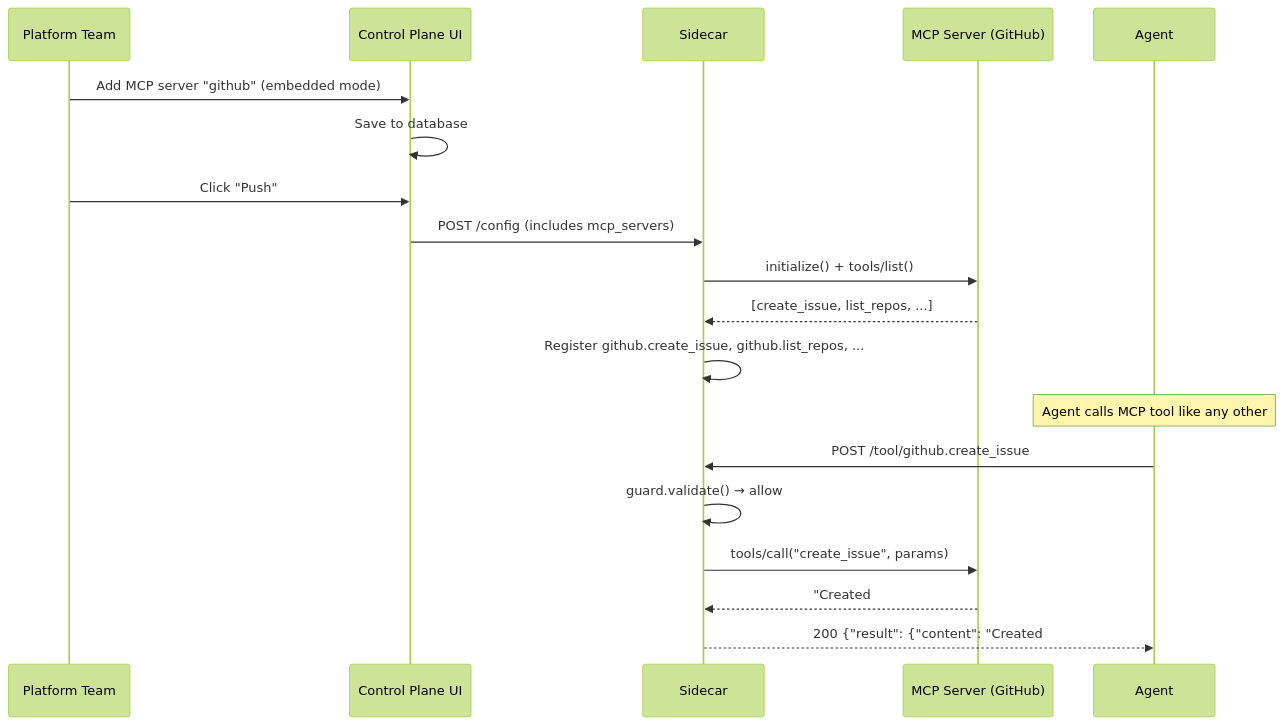
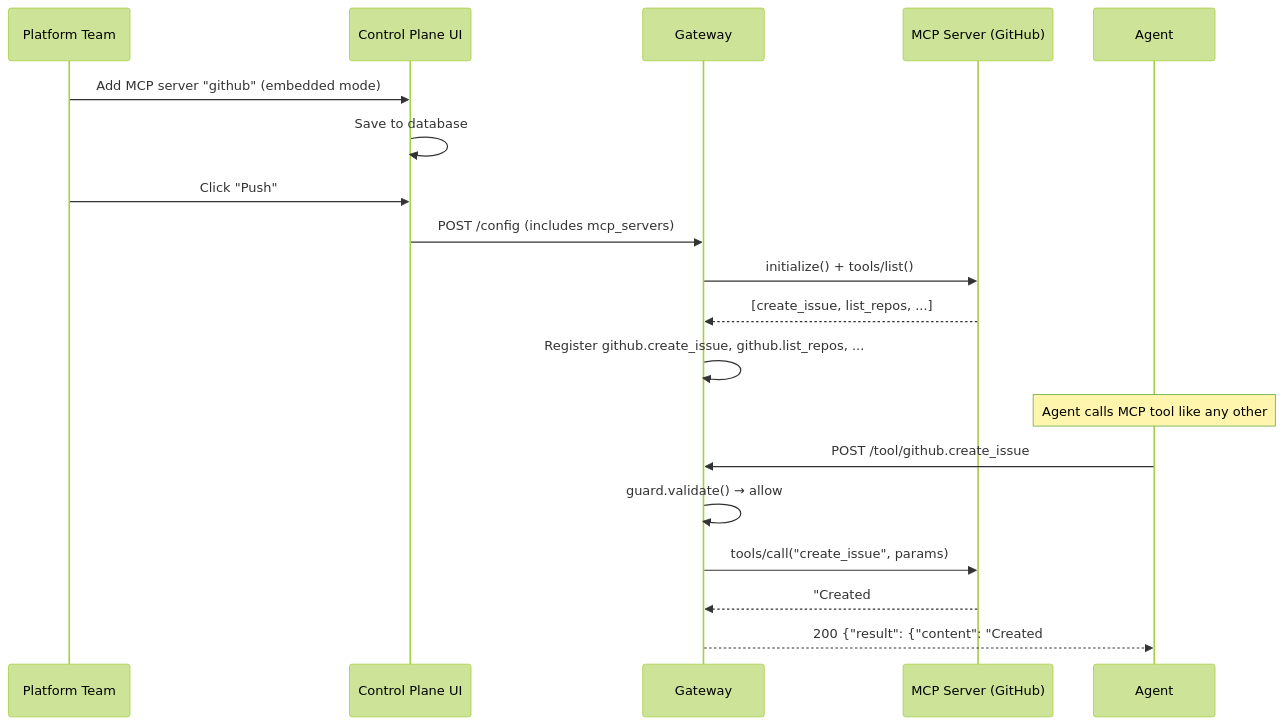
One commit to hk-775/ostiari changed the sixth of 13 diagrams in control-plane/docs/getting-started.md. Above: the diagram before and after it, drawn with Mermaid (forest theme). The commit also changed other lines of this file and 21 other files, not shown here.

````diff
--- a/control-plane/docs/getting-started.md
+++ b/control-plane/docs/getting-started.md
@@ -918,24 +1089,24 @@
 ```mermaid
 sequenceDiagram
     participant PT as Platform Team
     participant UI as Control Plane UI
-    participant SC as Sidecar
+    participant SC as Gateway
     participant MCP as MCP Server (GitHub)
     participant Agent as Agent
 
     PT->>UI: Add MCP server "github" (embedded mode)
     UI->>UI: Save to database
     PT->>UI: Click "Push"
     UI->>SC: POST /config (includes mcp_servers)
     SC->>MCP: initialize() + tools/list()
     MCP-->>SC: [create_issue, list_repos, ...]
     SC->>SC: Register github.create_issue, github.list_repos, ...
 
     Note over Agent: Agent calls MCP tool like any other
 
     Agent->>SC: POST /tool/github.create_issue
     SC->>SC: guard.validate() → allow
     SC->>MCP: tools/call("create_issue", params)
     MCP-->>SC: "Created #42"
     SC-->>Agent: 200 {"result": {"content": "Created #42"}}
 ```
````
